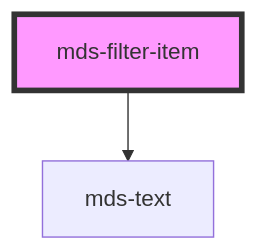
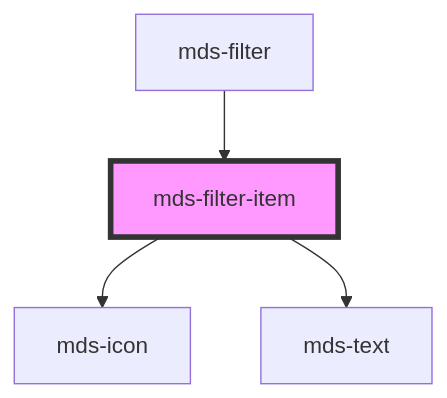
Before and after one commit to magma-design-system/magma: the diagram in projects/stencil/src/components/mds-filter-item/readme.md, drawn with Mermaid. The commit also changed other lines of this file and 3 other files, not shown here.

Commit message:
feat(mds-filter-item): add icon support

````diff
--- a/projects/stencil/src/components/mds-filter-item/readme.md
+++ b/projects/stencil/src/components/mds-filter-item/readme.md
@@ -31,5 +37,7 @@
 ```mermaid
 graph TD;
+  mds-filter-item --> mds-icon
   mds-filter-item --> mds-text
+  mds-filter --> mds-filter-item
   style mds-filter-item fill:#f9f,stroke:#333,stroke-width:4px
 ```
````
